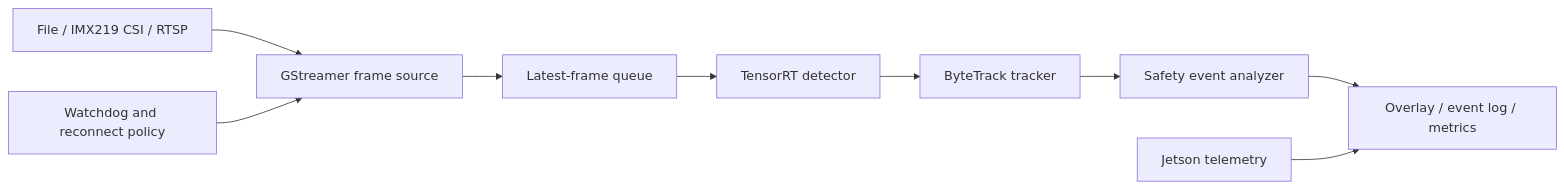
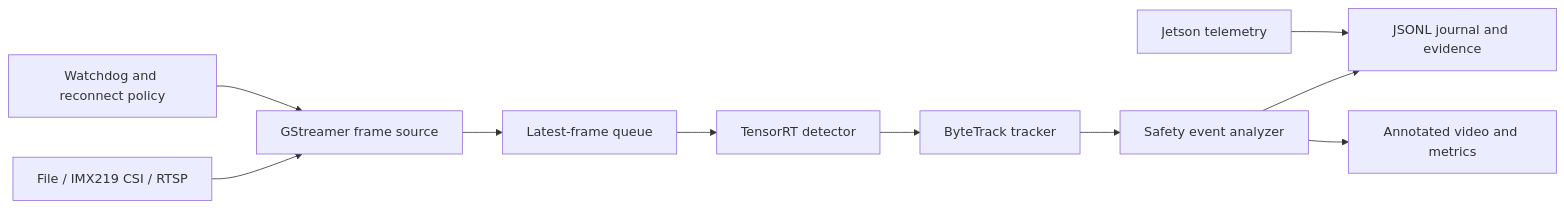
Before and after one commit to Nefelibata134/jetson-realtime-tracking-system: the diagram in README.md, drawn with Mermaid. The commit also changed other lines of this file and 18 other files, not shown here.

Commit message:
feat: persist safety event evidence

````diff
--- a/README.md
+++ b/README.md
@@ -9,11 +9,12 @@
 ```mermaid
 flowchart LR
     A["File / IMX219 CSI / RTSP"] --> B["GStreamer frame source"]
     B --> C["Latest-frame queue"]
     C --> D["TensorRT detector"]
     D --> E["ByteTrack tracker"]
     E --> F["Safety event analyzer"]
-    F --> G["Overlay / event log / metrics"]
+    F --> G["JSONL journal and evidence"]
+    F --> J["Annotated video and metrics"]
     H["Jetson telemetry"] --> G
     I["Watchdog and reconnect policy"] --> B
 ```
````
